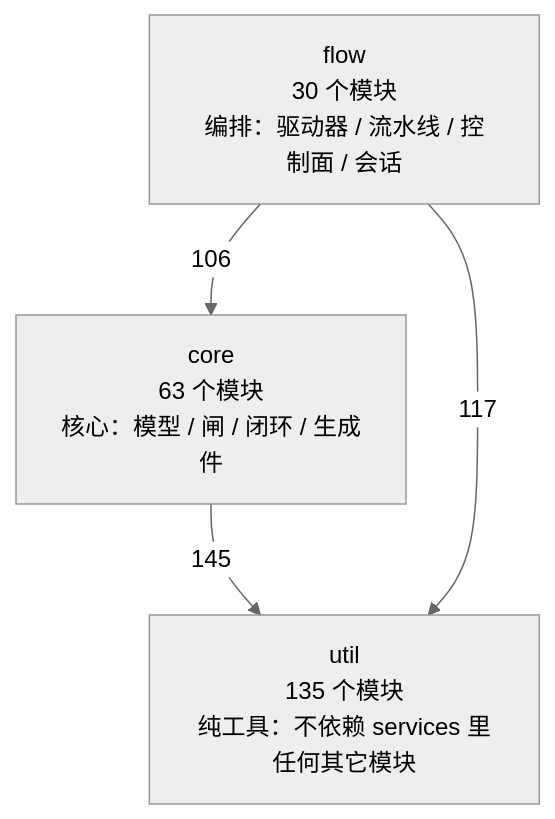
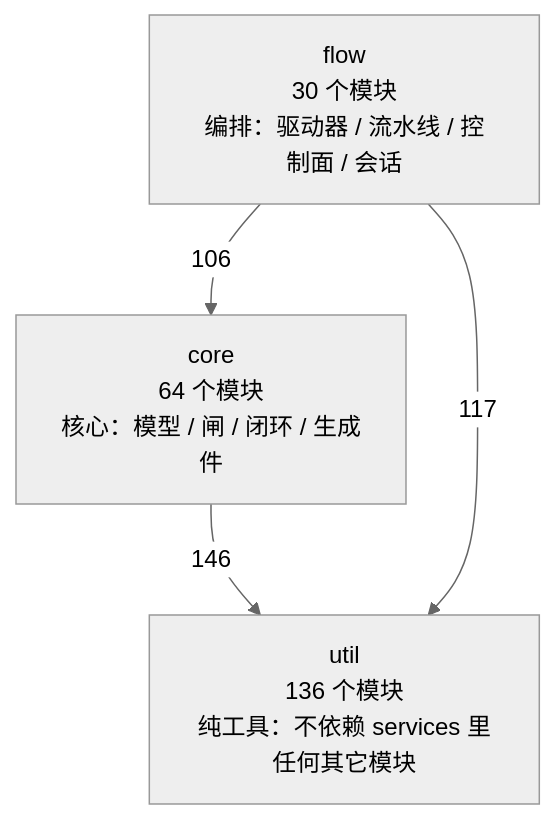
Before and after one commit to 2686521696/WhyBuddy: the first of 4 diagrams in docs/SlideRule V6.2 架构图（自动生成）.md, drawn with Mermaid (neutral theme). The commit also changed other lines of this file and 5 other files, not shown here.

````diff
--- a/docs/SlideRule V6.2 架构图（自动生成）.md
+++ b/docs/SlideRule V6.2 架构图（自动生成）.md
@@ -50,9 +50,9 @@
 ```mermaid
 flowchart TB
-  util["util<br/>135 个模块<br/>纯工具：不依赖 services 里任何其它模块"]
-  core["core<br/>63 个模块<br/>核心：模型 / 闸 / 闭环 / 生成件"]
+  util["util<br/>136 个模块<br/>纯工具：不依赖 services 里任何其它模块"]
+  core["core<br/>64 个模块<br/>核心：模型 / 闸 / 闭环 / 生成件"]
   flow["flow<br/>30 个模块<br/>编排：驱动器 / 流水线 / 控制面 / 会话"]
-  core -->|145| util
+  core -->|146| util
   flow -->|106| core
   flow -->|117| util
 ```
````
